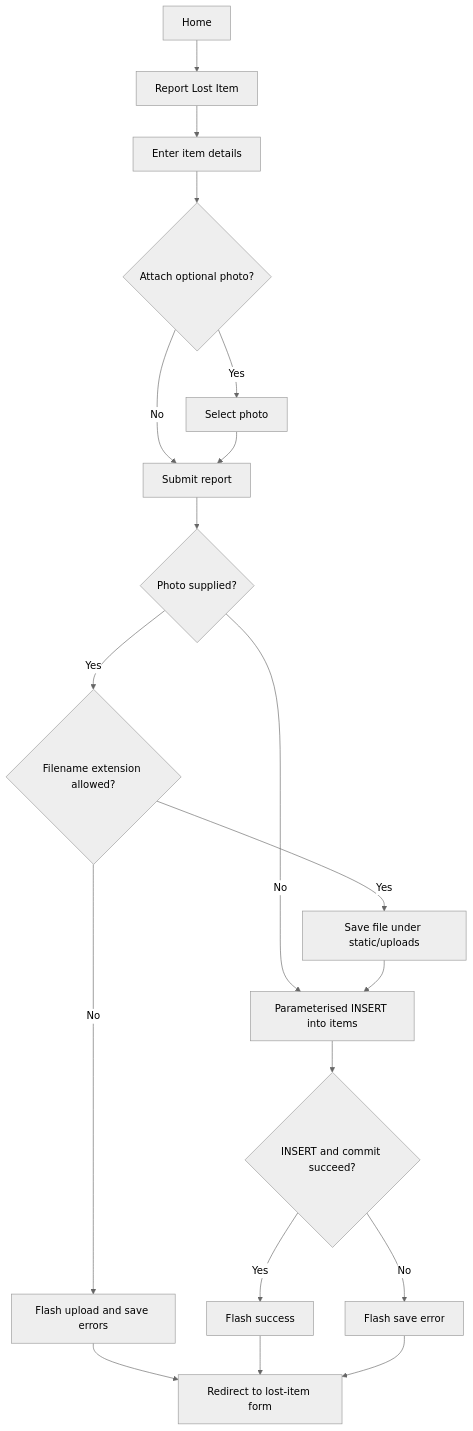
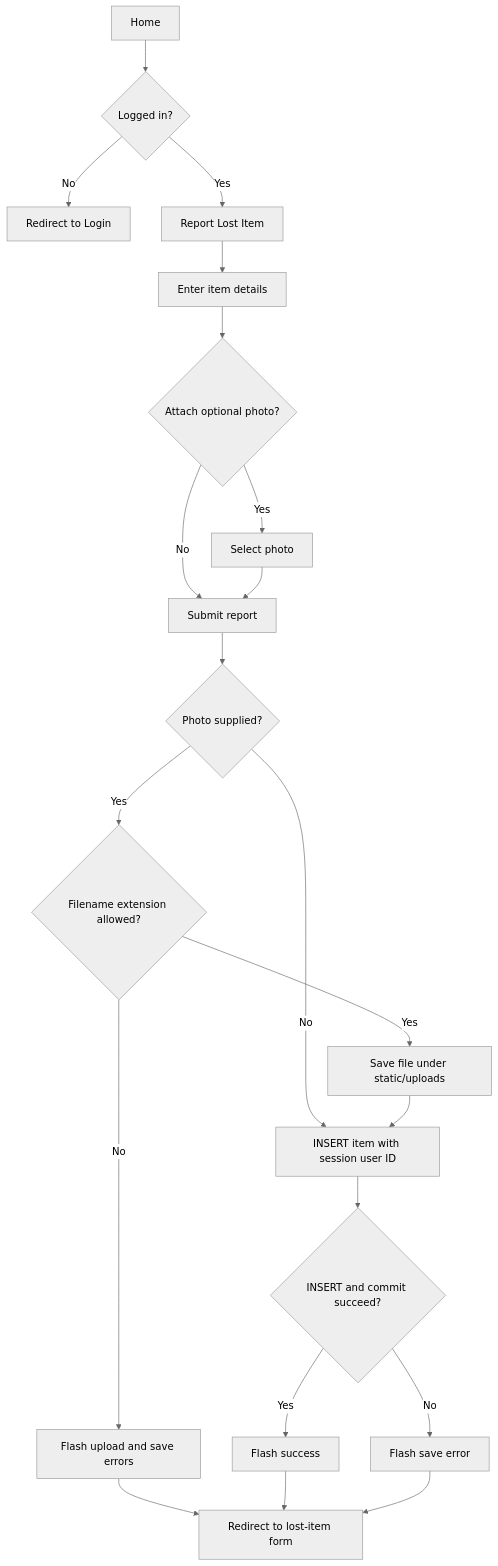
One commit to ZhihaoTang615/campus-lost-and-found-platform changed the first of 7 diagrams in docs/design/user-flow.md. Above: the diagram before and after it, drawn with Mermaid (neutral theme). The commit also changed other lines of this file and 40 other files, not shown here.

````diff
--- a/docs/design/user-flow.md
+++ b/docs/design/user-flow.md
@@ -7,21 +11,23 @@
 ```mermaid
 flowchart TD
-    H[Home] --> L[Report Lost Item]
+    H[Home] --> Auth{Logged in?}
+    Auth -->|No| Login[Redirect to Login]
+    Auth -->|Yes| L[Report Lost Item]
     L --> LF[Enter item details]
     LF --> LP{Attach optional photo?}
     LP -->|No| LS[Submit report]
     LP -->|Yes| LChoose[Select photo]
     LChoose --> LS
     LS --> LPhoto{Photo supplied?}
-    LPhoto -->|No| LInsert[Parameterised INSERT into items]
+    LPhoto -->|No| LInsert[INSERT item with session user ID]
     LPhoto -->|Yes| LE{Filename extension allowed?}
     LE -->|No| LErr[Flash upload and save errors]
     LErr --> LR[Redirect to lost-item form]
     LE -->|Yes| LSave[Save file under static/uploads]
     LSave --> LInsert
     LInsert --> LI{INSERT and commit succeed?}
     LI -->|Yes| LOk[Flash success]
     LI -->|No| LFail[Flash save error]
     LOk --> LR
     LFail --> LR
 ```
````
